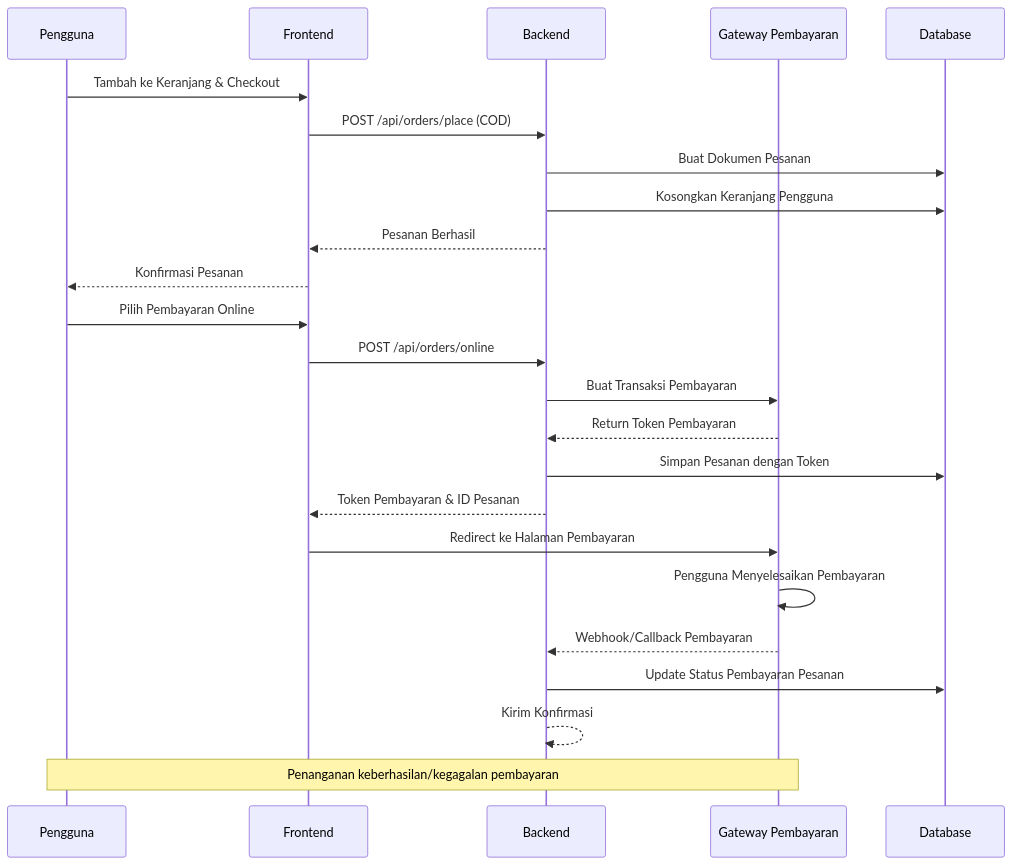
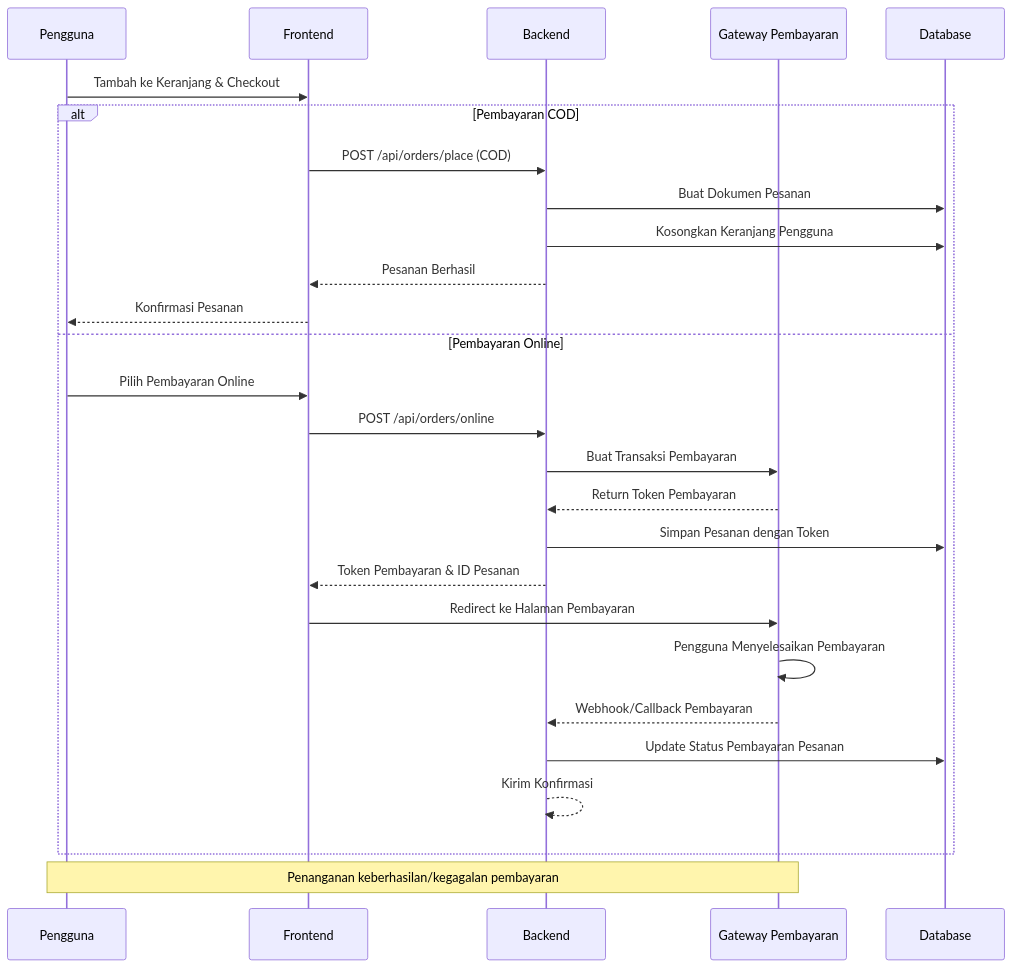
Before and after one commit to Grinti123/gerai-ayra-fullstack: diagram 11 of 16 in README.md, drawn with Mermaid. The commit also changed 1 other file, not shown here.

Commit message:
update diagram

````diff
--- a/README.md
+++ b/README.md
@@ -357,29 +357,32 @@
 ```mermaid
 sequenceDiagram
     participant P as Pengguna
     participant F as Frontend
     participant B as Backend
     participant PG as Gateway Pembayaran
     participant DB as Database
 
     P->>F: Tambah ke Keranjang & Checkout
-    F->>B: POST /api/orders/place (COD)
-    B->>DB: Buat Dokumen Pesanan
-    B->>DB: Kosongkan Keranjang Pengguna
-    B-->>F: Pesanan Berhasil
-    F-->>P: Konfirmasi Pesanan
 
-    P->>F: Pilih Pembayaran Online
-    F->>B: POST /api/orders/online
-    B->>PG: Buat Transaksi Pembayaran
-    PG-->>B: Return Token Pembayaran
-    B->>DB: Simpan Pesanan dengan Token
-    B-->>F: Token Pembayaran & ID Pesanan
-    F->>PG: Redirect ke Halaman Pembayaran
-    PG->>PG: Pengguna Menyelesaikan Pembayaran
-    PG-->>B: Webhook/Callback Pembayaran
-    B->>DB: Update Status Pembayaran Pesanan
-    B-->>B: Kirim Konfirmasi
+    alt Pembayaran COD
+        F->>B: POST /api/orders/place (COD)
+        B->>DB: Buat Dokumen Pesanan
+        B->>DB: Kosongkan Keranjang Pengguna
+        B-->>F: Pesanan Berhasil
+        F-->>P: Konfirmasi Pesanan
+    else Pembayaran Online
+        P->>F: Pilih Pembayaran Online
+        F->>B: POST /api/orders/online
+        B->>PG: Buat Transaksi Pembayaran
+        PG-->>B: Return Token Pembayaran
+        B->>DB: Simpan Pesanan dengan Token
+        B-->>F: Token Pembayaran & ID Pesanan
+        F->>PG: Redirect ke Halaman Pembayaran
+        PG->>PG: Pengguna Menyelesaikan Pembayaran
+        PG-->>B: Webhook/Callback Pembayaran
+        B->>DB: Update Status Pembayaran Pesanan
+        B-->>B: Kirim Konfirmasi
+    end
 
     Note over P,PG: Penanganan keberhasilan/kegagalan pembayaran
 ```
````
